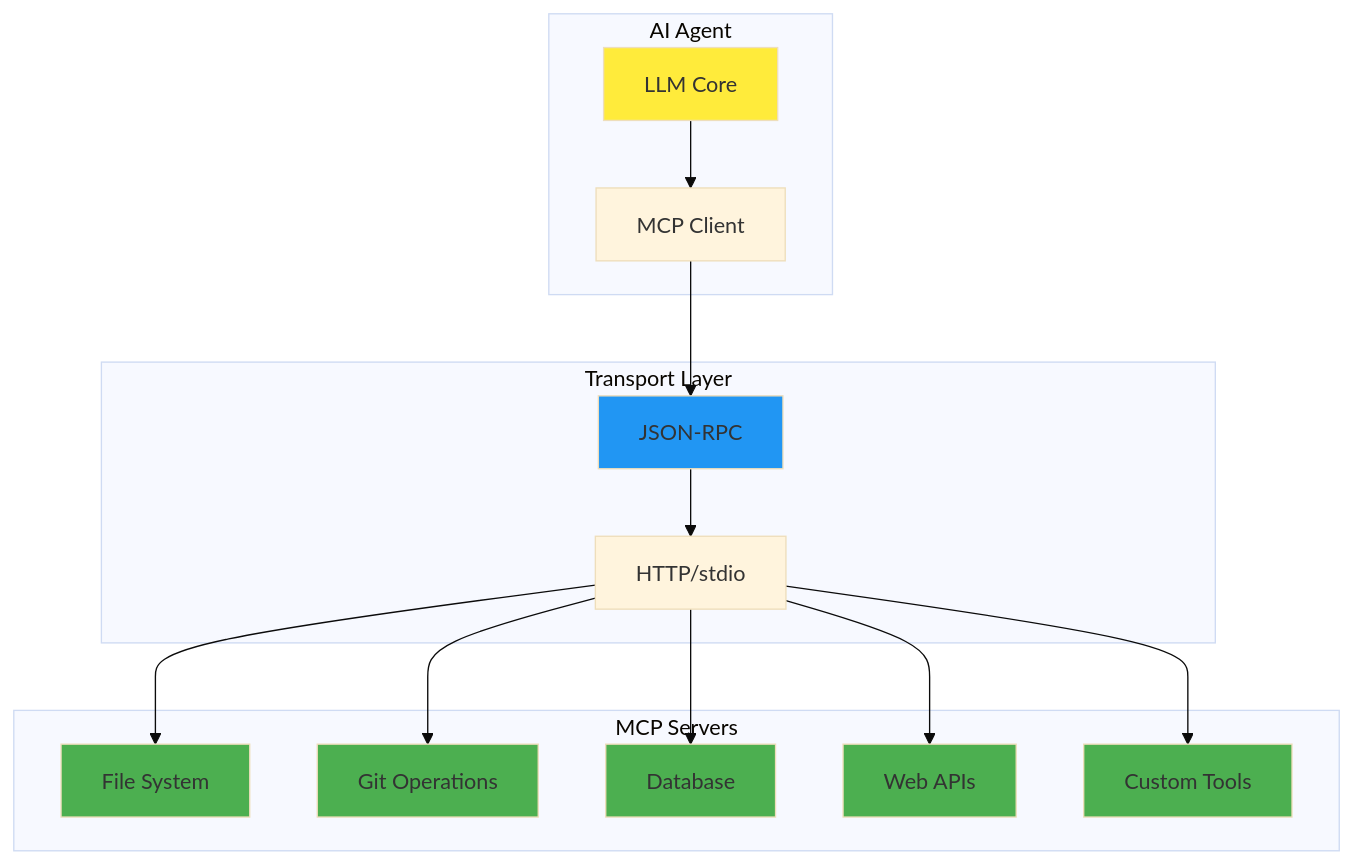
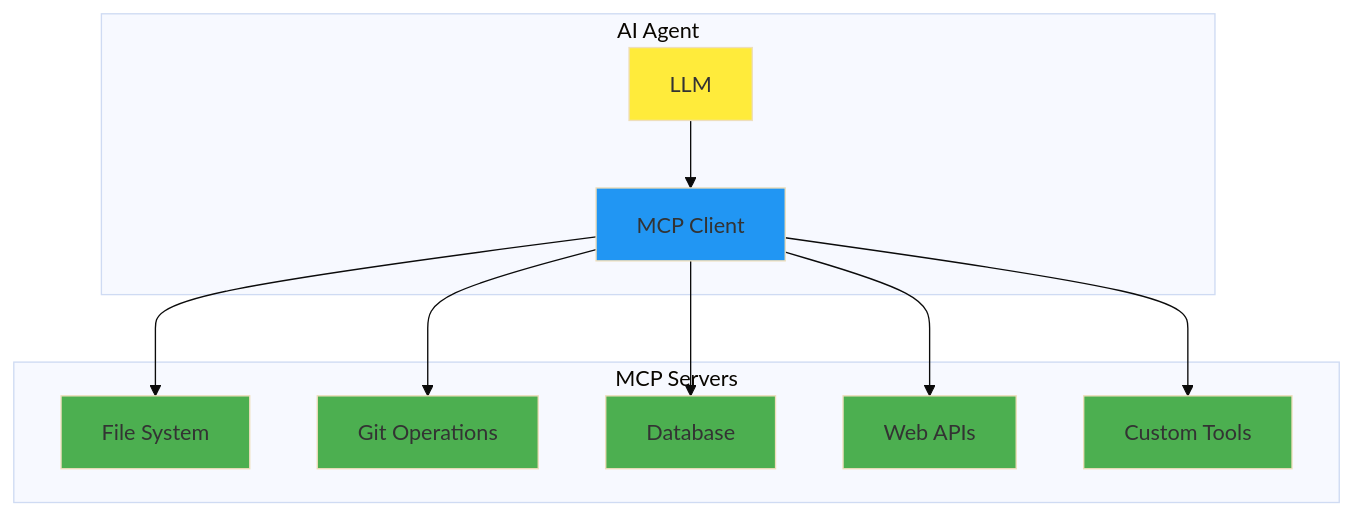
The third of 3 diagrams in src_slides/slides.md (twardoch/twardoch-is-coding), drawn with Mermaid (base theme) before and after one commit. The commit also changed other lines of this file and 12 other files, not shown here.

````diff
--- a/src_slides/slides.md
+++ b/src_slides/slides.md
@@ -277,37 +359,28 @@
 ```mermaid
 graph TB
     subgraph "AI Agent"
-        A[LLM Core]
-        B[MCP Client]
-        A --> B
-    end
-    
-    subgraph "Transport Layer"
-        C[JSON-RPC]
-        D[HTTP/stdio]
-        C --> D
+        A[LLM] --> B[MCP Client]
     end
     
     subgraph "MCP Servers"
-        E[File System]
-        F[Git Operations]
-        G[Database]
-        H[Web APIs]
-        I[Custom Tools]
+        C[File System]
+        D[Git Operations]  
+        E[Database]
+        F[Web APIs]
+        G[Custom Tools]
     end
     
     B --> C
-    D --> E
-    D --> F
-    D --> G
-    D --> H
-    D --> I
+    B --> D  
+    B --> E
+    B --> F
+    B --> G
     
     style A fill:#ffeb3b
-    style C fill:#2196f3
+    style B fill:#2196f3
+    style C fill:#4caf50
+    style D fill:#4caf50
     style E fill:#4caf50
     style F fill:#4caf50
     style G fill:#4caf50
-    style H fill:#4caf50
-    style I fill:#4caf50
 ```
````
